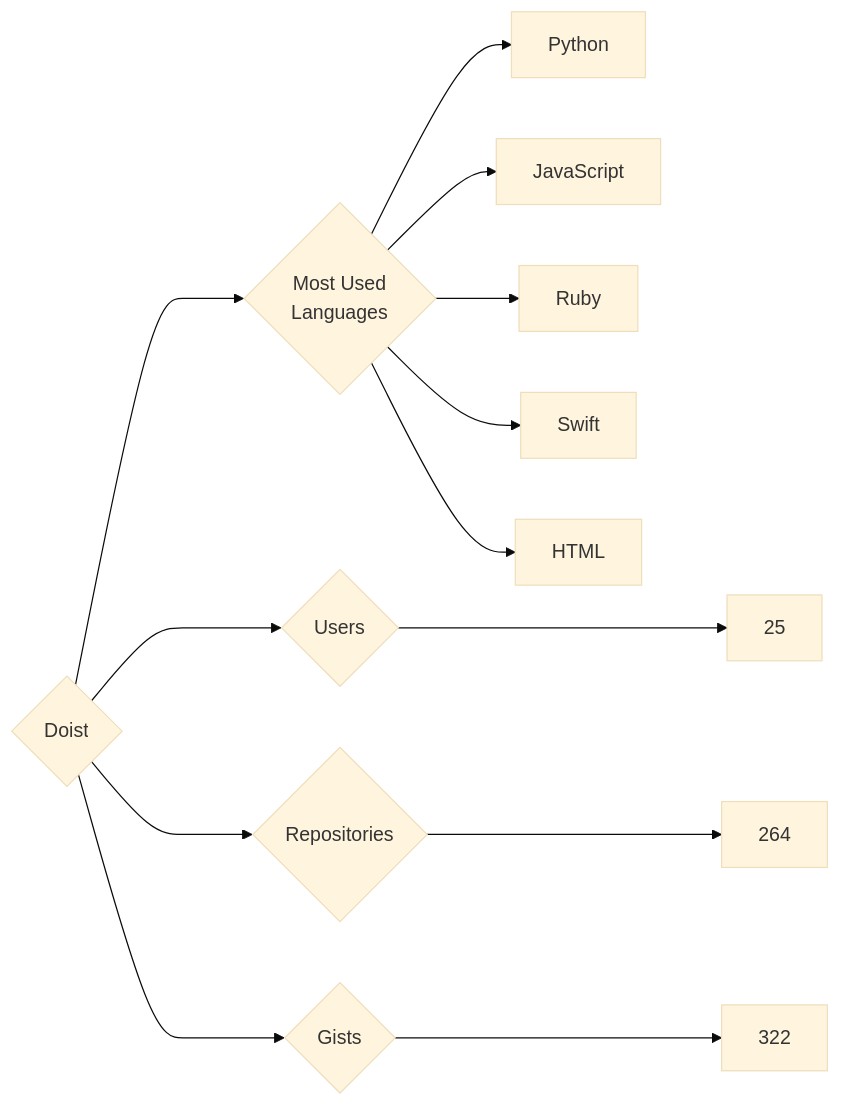
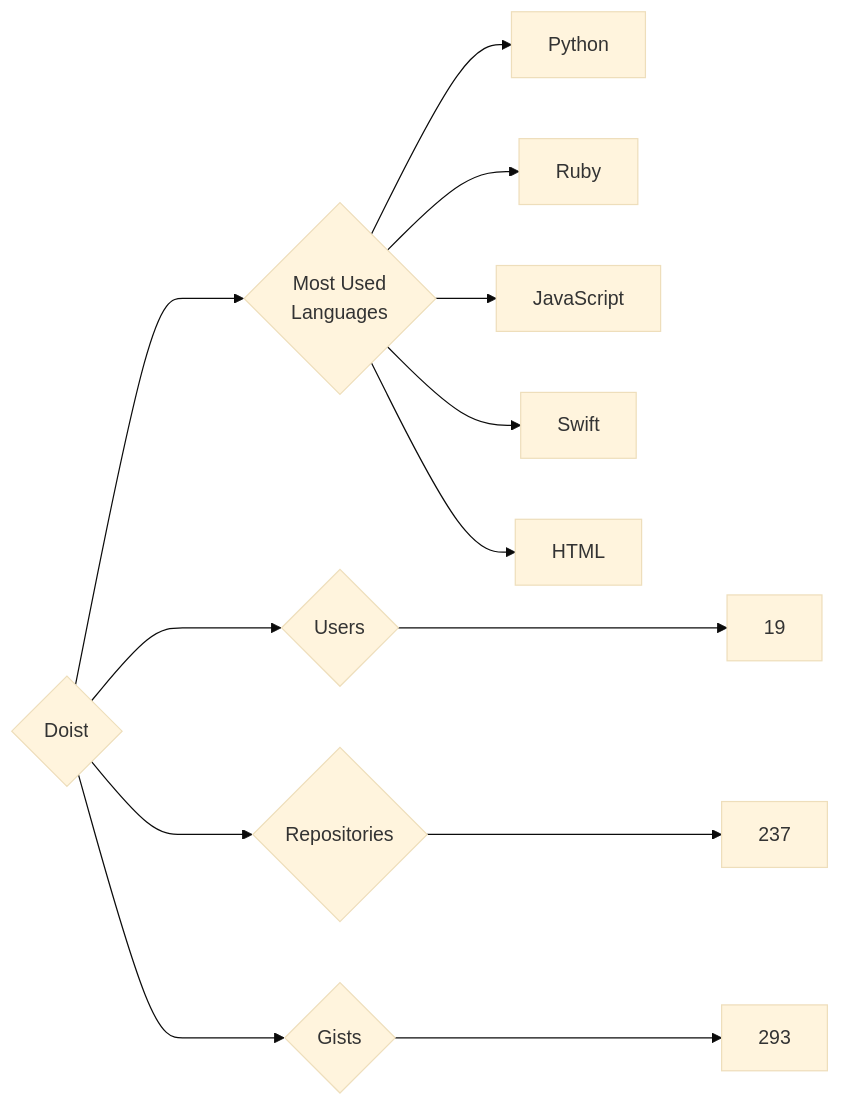
One commit to trickest/insiders changed the diagram in targets/Doist/README.md. Above: the diagram before and after it, drawn with Mermaid (base theme). The commit also changed 721 other files, not shown here.

````diff
--- a/targets/Doist/README.md
+++ b/targets/Doist/README.md
@@ -3,13 +3,13 @@
 ```mermaid
 graph LR
 COMPANY_NAME{Doist}
-COMPANY_NAME ---> U{Users} ---> UN[25]
-COMPANY_NAME ---> R{Repositories} ---> RN[264]
-COMPANY_NAME ---> G{Gists} ---> GN[322]
+COMPANY_NAME ---> U{Users} ---> UN[19]
+COMPANY_NAME ---> R{Repositories} ---> RN[237]
+COMPANY_NAME ---> G{Gists} ---> GN[293]
 COMPANY_NAME ---> ML{Most Used<br>Languages}
 ML --> Python[Python]
+ML --> Ruby[Ruby]
 ML --> JavaScript[JavaScript]
-ML --> Ruby[Ruby]
 ML --> Swift[Swift]
 ML --> HTML[HTML]
 ```
````
